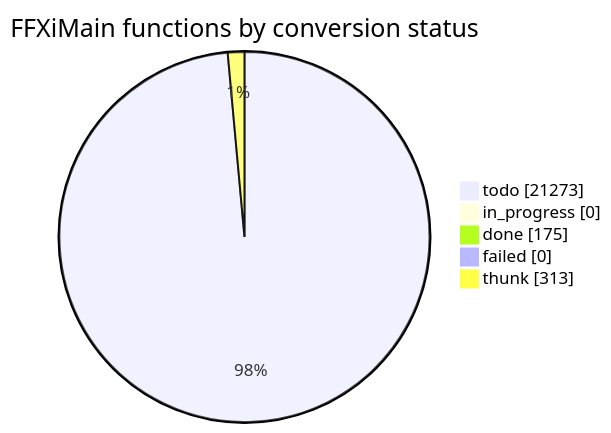
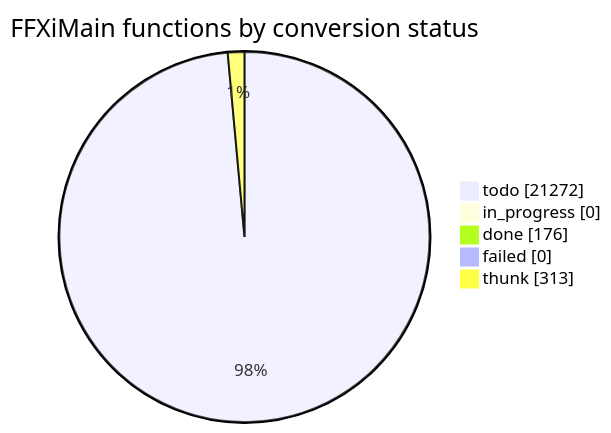
One commit to cowrevenge/cow_kuluu_xi_anything changed the diagram in docs/cow/STATUS.md. Above: the diagram before and after it, drawn with Mermaid. The commit also changed other lines of this file and 9 other files, not shown here.

````diff
--- a/docs/cow/STATUS.md
+++ b/docs/cow/STATUS.md
@@ -18,9 +18,9 @@
 ```mermaid
 pie showData
     title FFXiMain functions by conversion status
-    "todo" : 21273
+    "todo" : 21272
     "in_progress" : 0
-    "done" : 175
+    "done" : 176
     "failed" : 0
     "thunk" : 313
 ```
````
